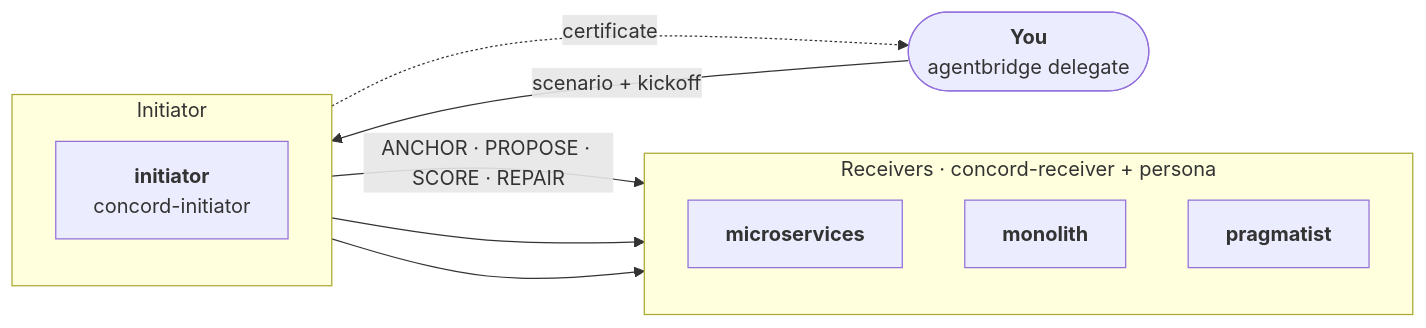
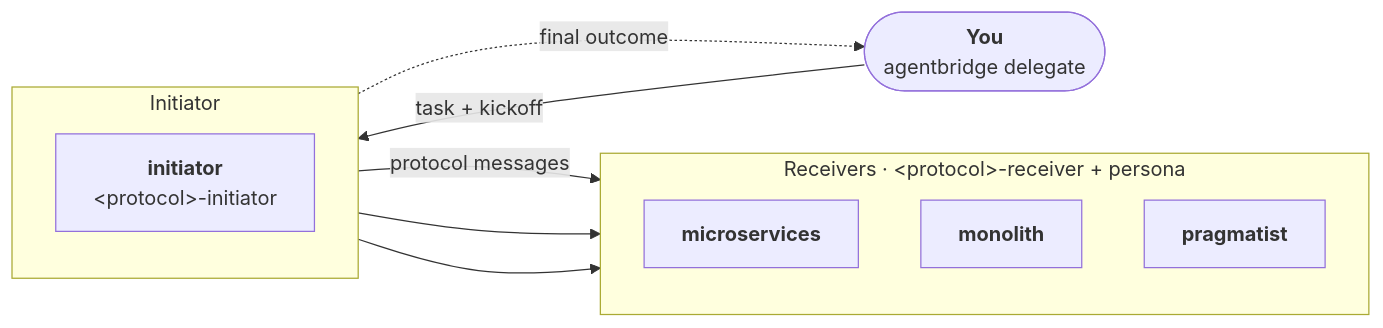
Before and after one commit to ioc-project/cognition-protocols: the diagram in docs/tutorials/agentbridge.md, drawn with Mermaid. The commit also changed other lines of this file and 4 other files, not shown here.

````diff
--- a/docs/tutorials/agentbridge.md
+++ b/docs/tutorials/agentbridge.md
@@ -16,22 +16,22 @@
 ```mermaid
 flowchart LR
     you(["<b>You</b><br/>agentbridge delegate"])
 
     subgraph init ["Initiator"]
         direction TB
-        I["<b>initiator</b><br/>concord-initiator"]
+        I["<b>initiator</b><br/>&lt;protocol&gt;-initiator"]
     end
 
-    subgraph recv ["Receivers · concord-receiver + persona"]
+    subgraph recv ["Receivers · &lt;protocol&gt;-receiver + persona"]
         direction TB
         M["<b>microservices</b>"]
         O["<b>monolith</b>"]
         P["<b>pragmatist</b>"]
     end
 
-    you -- "scenario + kickoff" --> I
-    I -- "ANCHOR · PROPOSE · SCORE · REPAIR" --> M
+    you -- "task + kickoff" --> I
+    I -- "protocol messages" --> M
     I --> O
     I --> P
-    I -. "certificate" .-> you
+    I -. "final outcome" .-> you
 ```
````
